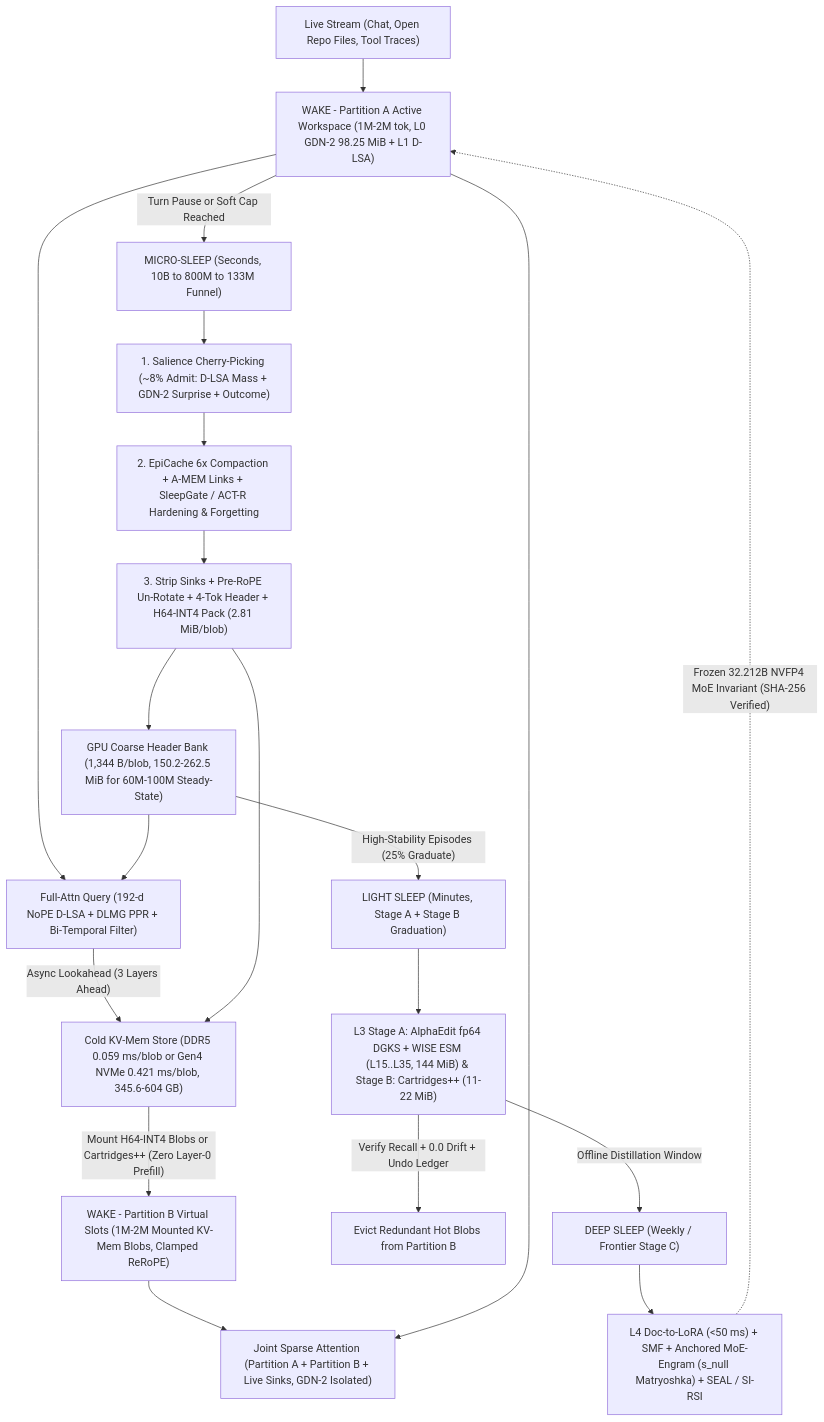
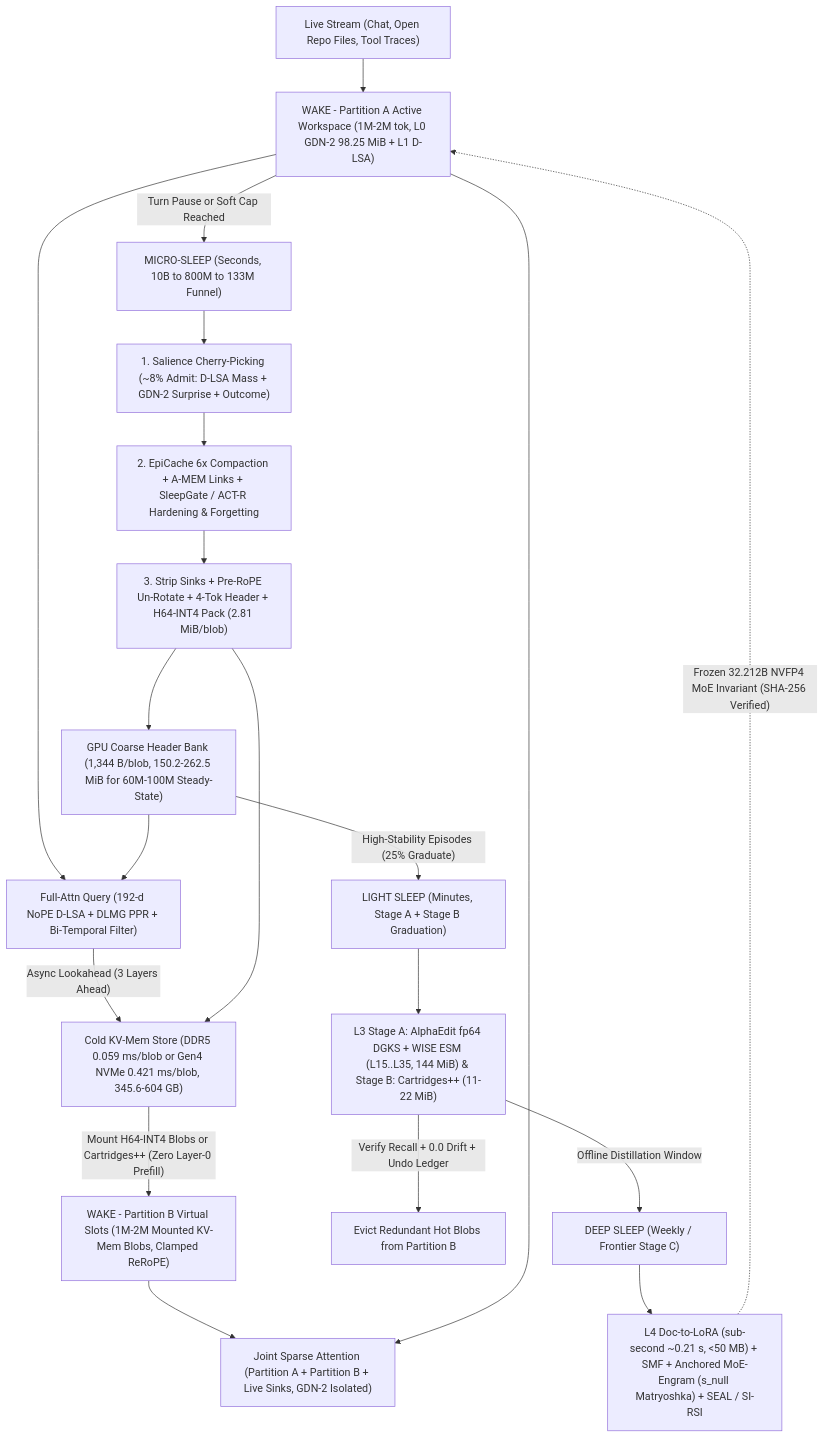
The diagram in docs/PROPOSAL_LSA_NESTED_LEARNING.md (BaiTian6641/Qwen3.6-35B-A3B-Loop60), drawn with Mermaid before and after one commit. The commit also changed other lines of this file and 4 other files, not shown here.

Commit message:
fix(docs): align TreeWY O(1)/2-3x state memory, Doc-to-LoRA sub-second (~0.21s/<50MB), Table 2.2 16.88 GiB, and 1.58x-1.76x Option B range

````diff
--- a/docs/PROPOSAL_LSA_NESTED_LEARNING.md
+++ b/docs/PROPOSAL_LSA_NESTED_LEARNING.md
@@ -207,25 +207,25 @@
 ```mermaid
 flowchart TD
     USER["Live Stream (Chat, Open Repo Files, Tool Traces)"] --> PA["WAKE - Partition A Active Workspace (1M-2M tok, L0 GDN-2 98.25 MiB + L1 D-LSA)"]
     PA --> QRY["Full-Attn Query (192-d NoPE D-LSA + DLMG PPR + Bi-Temporal Filter)"]
     HDR["GPU Coarse Header Bank (1,344 B/blob, 150.2-262.5 MiB for 60M-100M Steady-State)"] --> QRY
     QRY -- "Async Lookahead (3 Layers Ahead)" --> TIER["Cold KV-Mem Store (DDR5 0.059 ms/blob or Gen4 NVMe 0.421 ms/blob, 345.6-604 GB)"]
     TIER -- "Mount H64-INT4 Blobs or Cartridges++ (Zero Layer-0 Prefill)" --> PB["WAKE - Partition B Virtual Slots (1M-2M Mounted KV-Mem Blobs, Clamped ReRoPE)"]
     PB --> ATTN["Joint Sparse Attention (Partition A + Partition B + Live Sinks, GDN-2 Isolated)"]
     PA --> ATTN
 
     PA -- "Turn Pause or Soft Cap Reached" --> MS["MICRO-SLEEP (Seconds, 10B to 800M to 133M Funnel)"]
     MS --> SAL["1. Salience Cherry-Picking (~8% Admit: D-LSA Mass + GDN-2 Surprise + Outcome)"]
     SAL --> CLUS["2. EpiCache 6x Compaction + A-MEM Links + SleepGate / ACT-R Hardening & Forgetting"]
     CLUS --> PACK["3. Strip Sinks + Pre-RoPE Un-Rotate + 4-Tok Header + H64-INT4 Pack (2.81 MiB/blob)"]
     PACK --> TIER
     PACK --> HDR
 
     HDR -- "High-Stability Episodes (25% Graduate)" --> LS["LIGHT SLEEP (Minutes, Stage A + Stage B Graduation)"]
     LS --> ESM["L3 Stage A: AlphaEdit fp64 DGKS + WISE ESM (L15..L35, 144 MiB) & Stage B: Cartridges++ (11-22 MiB)"]
     ESM -- "Verify Recall + 0.0 Drift + Undo Ledger" --> EVICT["Evict Redundant Hot Blobs from Partition B"]
 
     ESM -- "Offline Distillation Window" --> DS["DEEP SLEEP (Weekly / Frontier Stage C)"]
-    DS --> ENG["L4 Doc-to-LoRA (<50 ms) + SMF + Anchored MoE-Engram (s_null Matryoshka) + SEAL / SI-RSI"]
+    DS --> ENG["L4 Doc-to-LoRA (sub-second ~0.21 s, <50 MB) + SMF + Anchored MoE-Engram (s_null Matryoshka) + SEAL / SI-RSI"]
     ENG -. "Frozen 32.212B NVFP4 MoE Invariant (SHA-256 Verified)" .-> PA
 ```
````
